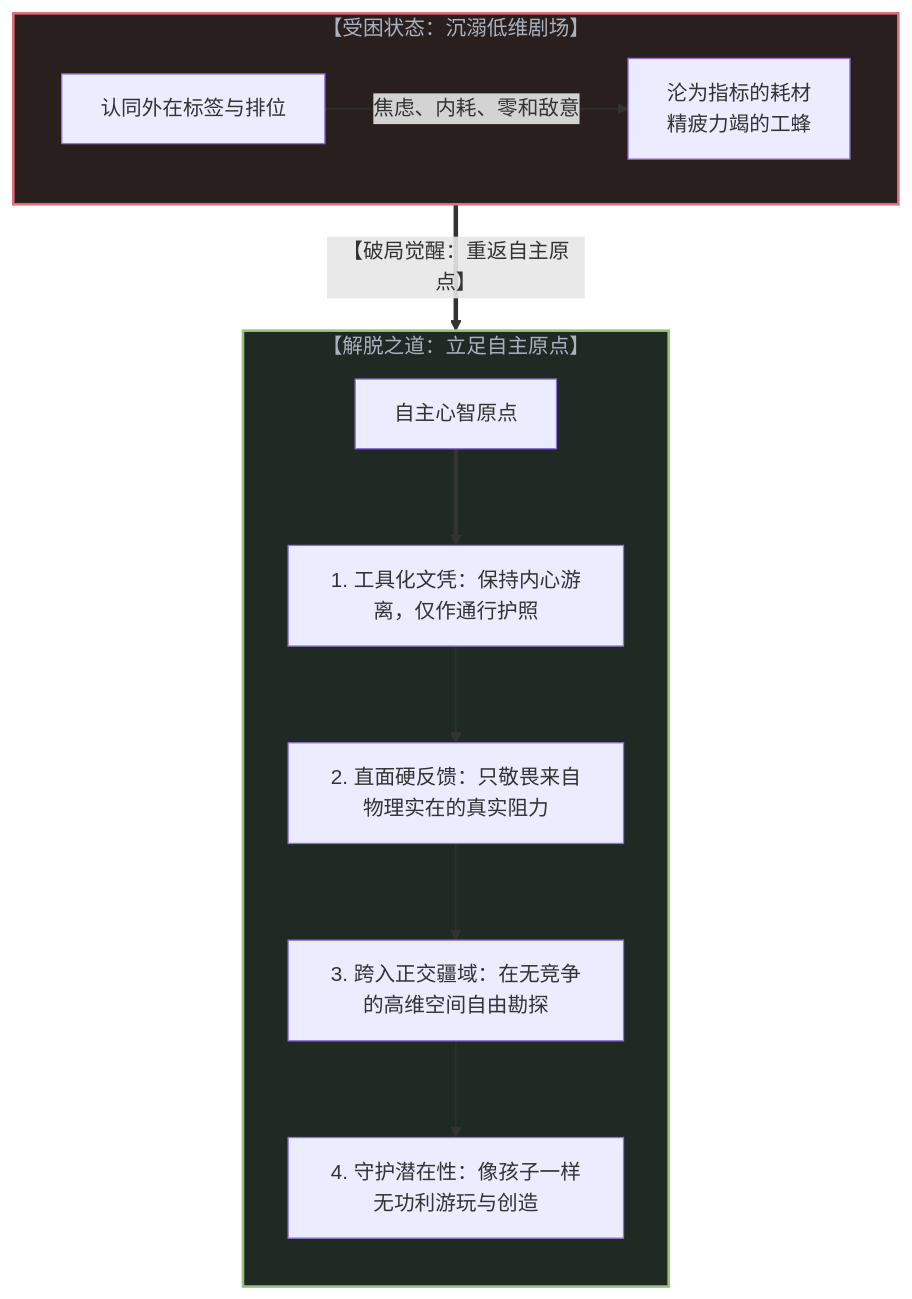
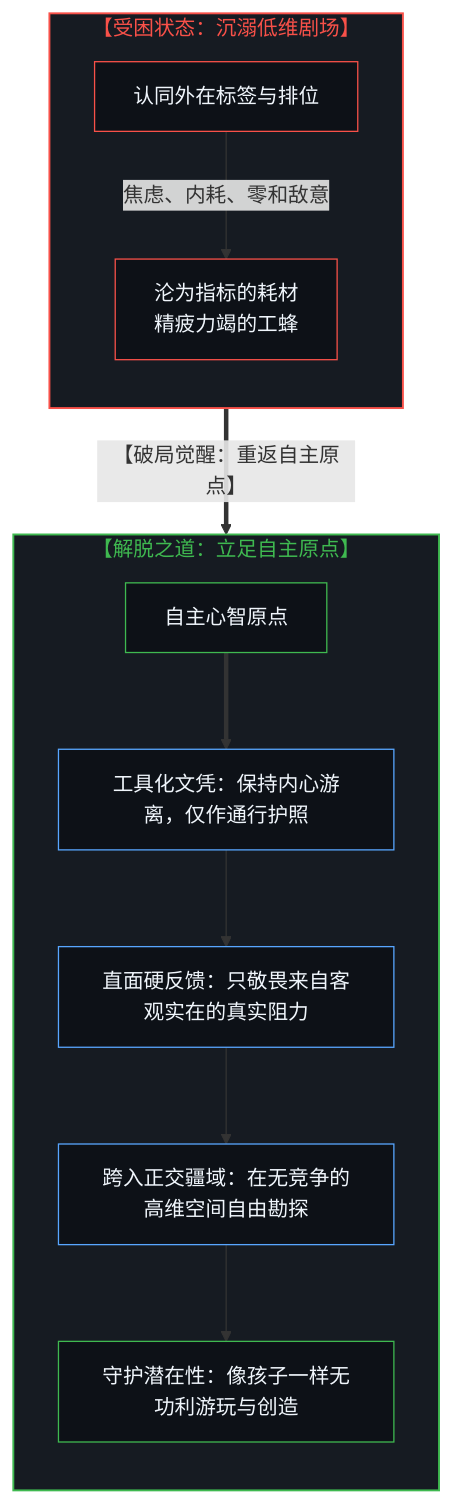
The ninth of 10 diagrams in content/posts/the-reversal-of-education-and-science.md (powerpig99/not-a-toe), drawn with Mermaid before and after one commit. The commit also changed other lines of this file and 11 other files, not shown here.

````diff
--- a/content/posts/the-reversal-of-education-and-science.md
+++ b/content/posts/the-reversal-of-education-and-science.md
@@ -397,27 +429,35 @@
 ```mermaid
-graph TD
-    subgraph Trap["【受困状态：沉溺低维剧场】"]
+flowchart TD
+    subgraph S_Trap["【受困状态：沉溺低维剧场】"]
+        direction TB
         TrapMind["认同外在标签与排位"]
-        TrapMind -->|"焦虑、内耗、零和敌意"| Misery["沦为指标的耗材<br>精疲力竭的工蜂"]
+        Misery["沦为指标的耗材<br/>精疲力竭的工蜂"]
+        TrapMind -->|"焦虑、内耗、零和敌意"| Misery
     end
 
-    Trap ==>|"【破局觉醒：重返自主原点】"| Sovereign
+    S_Trap ==>|"【破局觉醒：重返自主原点】"| S_Sovereign
 
-    subgraph Sovereign["【解脱之道：立足自主原点】"]
+    subgraph S_Sovereign["【解脱之道：立足自主原点】"]
         direction TB
         SovereignMind["自主心智原点"]
-        
-        Step1["1. 工具化文凭：保持内心游离，仅作通行护照"]
-        Step2["2. 直面硬反馈：只敬畏来自物理实在的真实阻力"]
-        Step3["3. 跨入正交疆域：在无竞争的高维空间自由勘探"]
-        Step4["4. 守护潜在性：像孩子一样无功利游玩与创造"]
+        Step1["工具化文凭：保持内心游离，仅作通行护照"]
+        Step2["直面硬反馈：只敬畏来自客观实在的真实阻力"]
+        Step3["跨入正交疆域：在无竞争的高维空间自由勘探"]
+        Step4["守护潜在性：像孩子一样无功利游玩与创造"]
 
         SovereignMind ==> Step1
         Step1 --> Step2
         Step2 --> Step3
         Step3 --> Step4
     end
 
-    style Trap fill:#2a1f1f,stroke:#e06c75,stroke-width:2px,color:#abb2bf
-    style Sovereign fill:#1f2a24,stroke:#98c379,stroke-width:2px,color:#abb2bf
+    style S_Trap fill:#161b22,stroke:#f85149,stroke-width:1.5px,color:#f85149
+    style S_Sovereign fill:#161b22,stroke:#3fb950,stroke-width:1.5px,color:#3fb950
+    style TrapMind fill:#0d1117,stroke:#f85149,stroke-width:1px,color:#f0f6fc
+    style Misery fill:#0d1117,stroke:#f85149,stroke-width:1px,color:#f0f6fc
+    style SovereignMind fill:#0d1117,stroke:#3fb950,stroke-width:1px,color:#f0f6fc
+    style Step1 fill:#0d1117,stroke:#58a6ff,stroke-width:1px,color:#f0f6fc
+    style Step2 fill:#0d1117,stroke:#58a6ff,stroke-width:1px,color:#f0f6fc
+    style Step3 fill:#0d1117,stroke:#58a6ff,stroke-width:1px,color:#f0f6fc
+    style Step4 fill:#0d1117,stroke:#3fb950,stroke-width:1px,color:#f0f6fc
 ```
````
